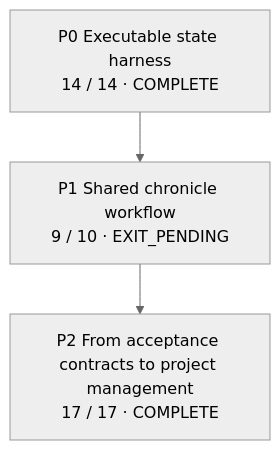
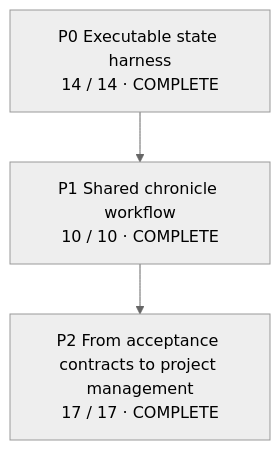
The diagram in .prokron/compiled/phases.mmd (qomero/prokron), drawn with Mermaid (neutral theme) before and after one commit. The commit also changed 26 other files, not shown here.

```diff
--- a/.prokron/compiled/phases.mmd
+++ b/.prokron/compiled/phases.mmd
@@ -1,6 +1,6 @@
 flowchart TD
     P0["P0 Executable state harness<br/>14 / 14 · COMPLETE"]
-    P1["P1 Shared chronicle workflow<br/>9 / 10 · EXIT_PENDING"]
+    P1["P1 Shared chronicle workflow<br/>10 / 10 · COMPLETE"]
     P2["P2 From acceptance contracts to project management<br/>17 / 17 · COMPLETE"]
     P0 --> P1
     P1 --> P2
```
